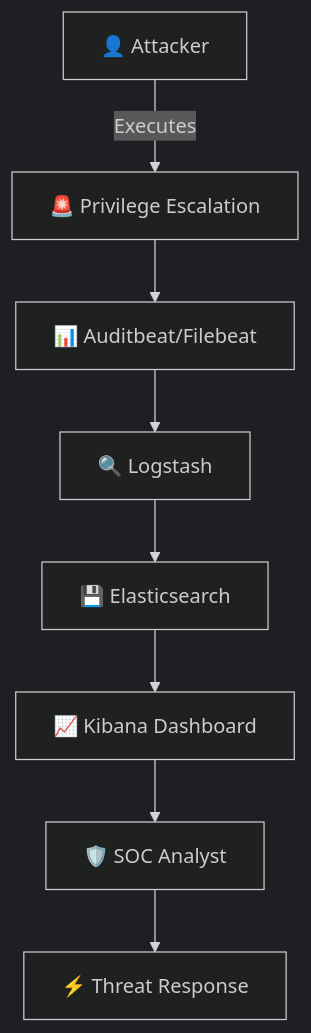
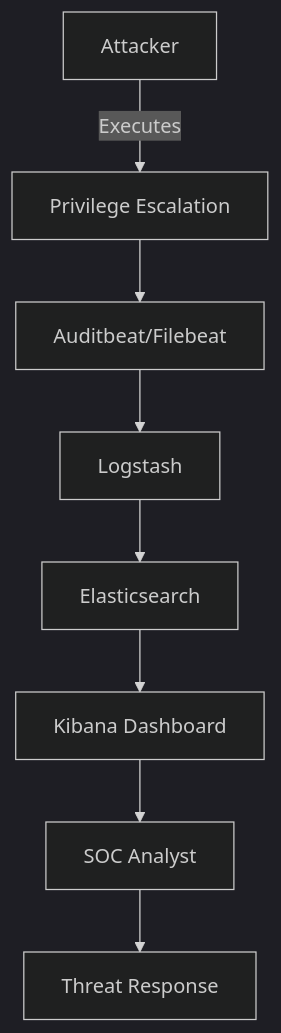
The first of 4 diagrams in README.md (Ome9/Elastic-ReverseShell-Detection), drawn with Mermaid (dark theme) before and after one commit. The commit also changed other lines of this file, not shown here.

````diff
--- a/README.md
+++ b/README.md
@@ -23,10 +23,10 @@
 ```mermaid
 graph TD
-    A[👤 Attacker] -->|Executes| B[🚨 Privilege Escalation]
-    B --> C[📊 Auditbeat/Filebeat]
-    C --> D[🔍 Logstash]
-    D --> E[💾 Elasticsearch]
-    E --> F[📈 Kibana Dashboard]
-    F --> G[🛡️ SOC Analyst]
-    G --> H[⚡ Threat Response]
+    A[ Attacker] -->|Executes| B[ Privilege Escalation]
+    B --> C[ Auditbeat/Filebeat]
+    C --> D[ Logstash]
+    D --> E[ Elasticsearch]
+    E --> F[ Kibana Dashboard]
+    F --> G[ SOC Analyst]
+    G --> H[ Threat Response]
 ```
````
